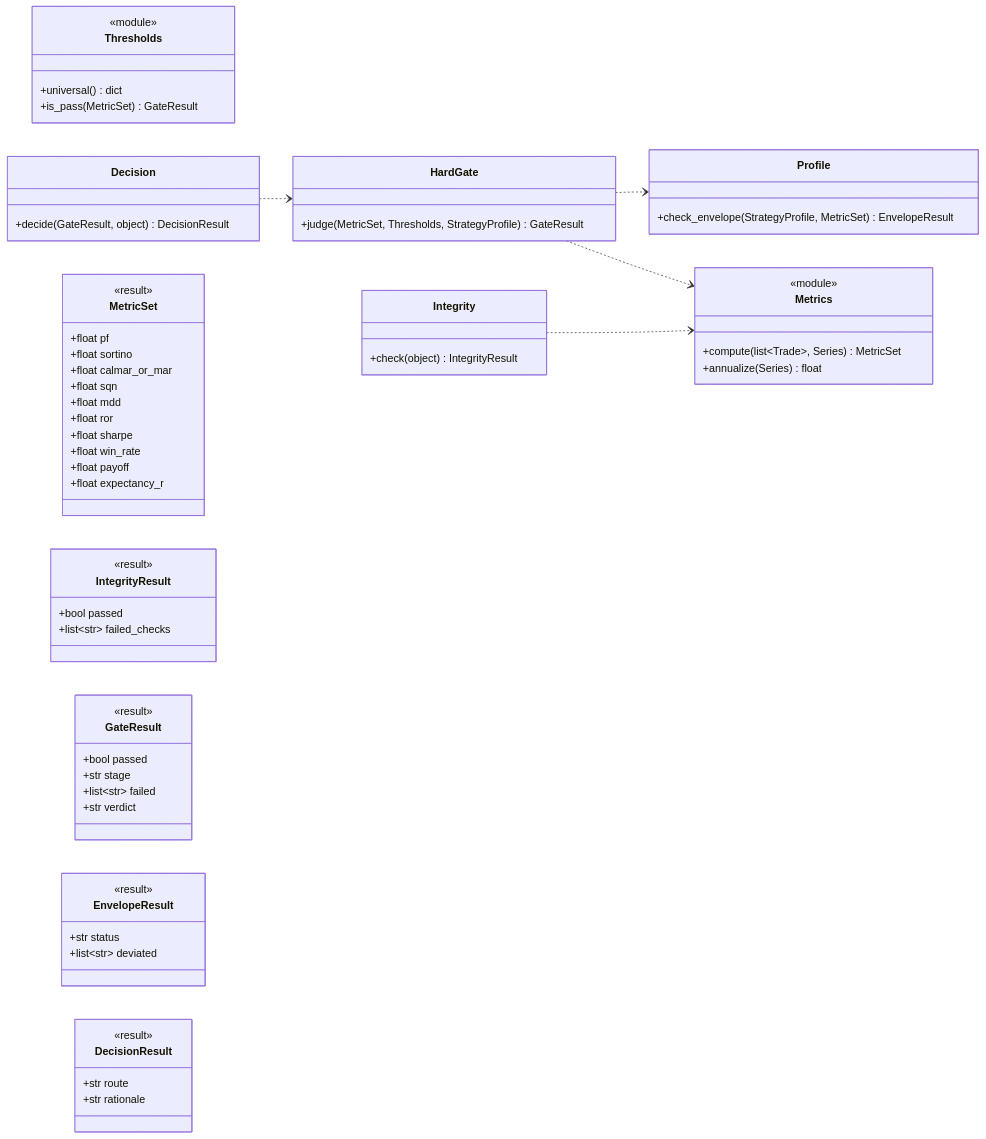
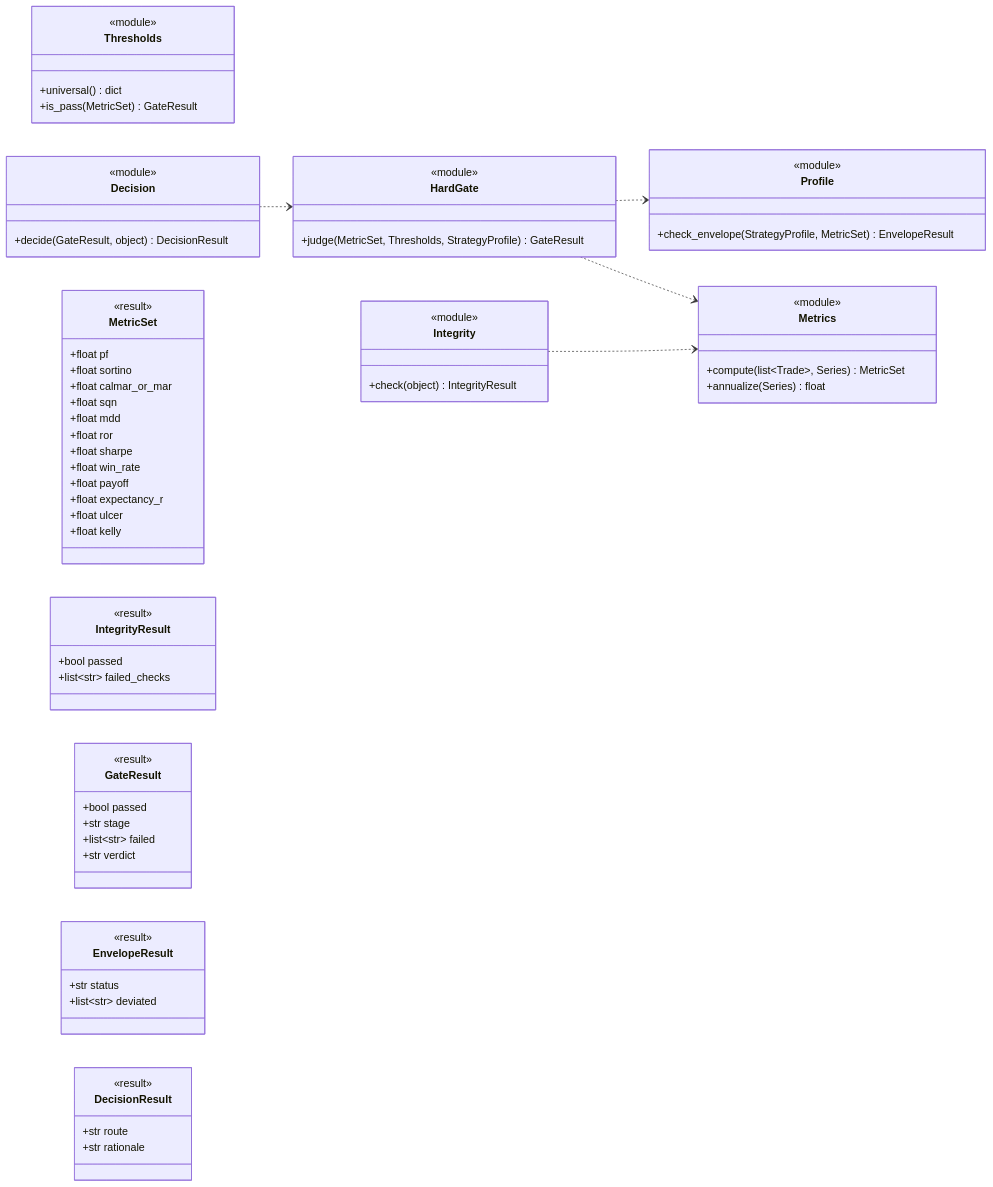
Diagram 16 of 17 in docs/fullspec/backtest_v2_detailed_design.md (vessel35/trading-system-v2), drawn with Mermaid before and after one commit. The commit also changed other lines of this file, not shown here.

````diff
--- a/docs/fullspec/backtest_v2_detailed_design.md
+++ b/docs/fullspec/backtest_v2_detailed_design.md
@@ -2330,65 +2381,71 @@
 ```mermaid
 classDiagram
     direction LR
     class Metrics {
         <<module>>
         +compute(list~Trade~, Series) MetricSet
         +annualize(Series) float
     }
     class Integrity {
+        <<module>>
         +check(object) IntegrityResult
     }
     class Thresholds {
         <<module>>
         +universal() dict
         +is_pass(MetricSet) GateResult
     }
     class Profile {
+        <<module>>
         +check_envelope(StrategyProfile, MetricSet) EnvelopeResult
     }
     class HardGate {
+        <<module>>
         +judge(MetricSet, Thresholds, StrategyProfile) GateResult
     }
     class Decision {
+        <<module>>
         +decide(GateResult, object) DecisionResult
     }
     class MetricSet {
         <<result>>
         +float pf
         +float sortino
         +float calmar_or_mar
         +float sqn
         +float mdd
         +float ror
         +float sharpe
         +float win_rate
         +float payoff
         +float expectancy_r
+        +float ulcer
+        +float kelly
     }
     class IntegrityResult {
         <<result>>
         +bool passed
         +list~str~ failed_checks
     }
     class GateResult {
         <<result>>
         +bool passed
         +str stage
         +list~str~ failed
         +str verdict
     }
     class EnvelopeResult {
         <<result>>
         +str status
         +list~str~ deviated
     }
     class DecisionResult {
         <<result>>
         +str route
         +str rationale
     }
     HardGate ..> Profile
     HardGate ..> Metrics
     Decision ..> HardGate
     Integrity ..> Metrics
 ```
````
